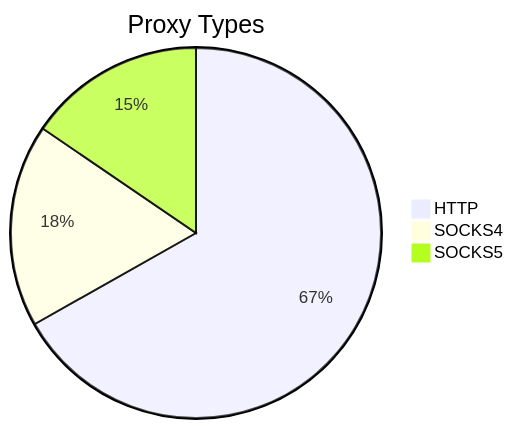
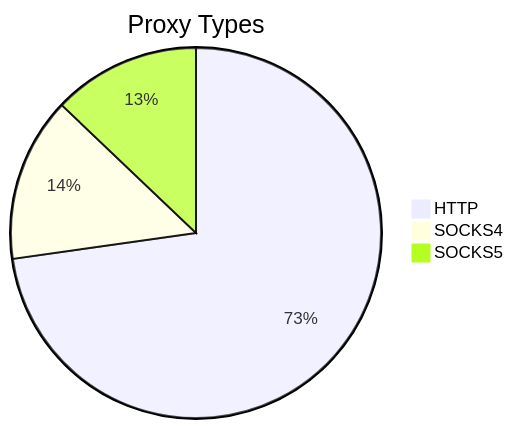
The first of 2 diagrams in README.md (stormsia/proxy-list), drawn with Mermaid before and after one commit. The commit also changed other lines of this file, not shown here.

````diff
--- a/README.md
+++ b/README.md
@@ -21,6 +21,6 @@
 ```mermaid
 pie title Proxy Types
-    "HTTP" : 449
-    "SOCKS4" : 119
-    "SOCKS5" : 104
+    "HTTP" : 497
+    "SOCKS4" : 98
+    "SOCKS5" : 88
 ```
````
